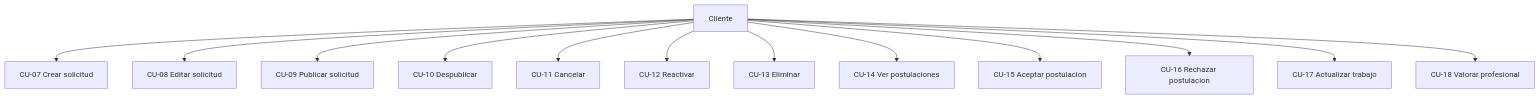
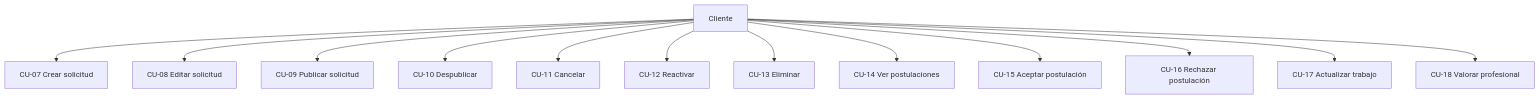
One commit to FerCueA/Duit changed the second of 6 diagrams in documentacion/DAW_PRW_R1L2_UT01.2. Diagrama de casos de uso.md. Above: the diagram before and after it, drawn with Mermaid. The commit also changed other lines of this file and 6 other files, not shown here.

````diff
--- a/documentacion/DAW_PRW_R1L2_UT01.2. Diagrama de casos de uso.md
+++ b/documentacion/DAW_PRW_R1L2_UT01.2. Diagrama de casos de uso.md
@@ -170,16 +172,16 @@
 ```mermaid
 flowchart TB
   C[Cliente]
   C --> CU07["CU-07 Crear solicitud"]
   C --> CU08["CU-08 Editar solicitud"]
   C --> CU09["CU-09 Publicar solicitud"]
   C --> CU10["CU-10 Despublicar"]
   C --> CU11["CU-11 Cancelar"]
   C --> CU12["CU-12 Reactivar"]
   C --> CU13["CU-13 Eliminar"]
   C --> CU14["CU-14 Ver postulaciones"]
-  C --> CU15["CU-15 Aceptar postulacion"]
-  C --> CU16["CU-16 Rechazar postulacion"]
+  C --> CU15["CU-15 Aceptar postulación"]
+  C --> CU16["CU-16 Rechazar postulación"]
   C --> CU17["CU-17 Actualizar trabajo"]
   C --> CU18["CU-18 Valorar profesional"]
 ```
````
